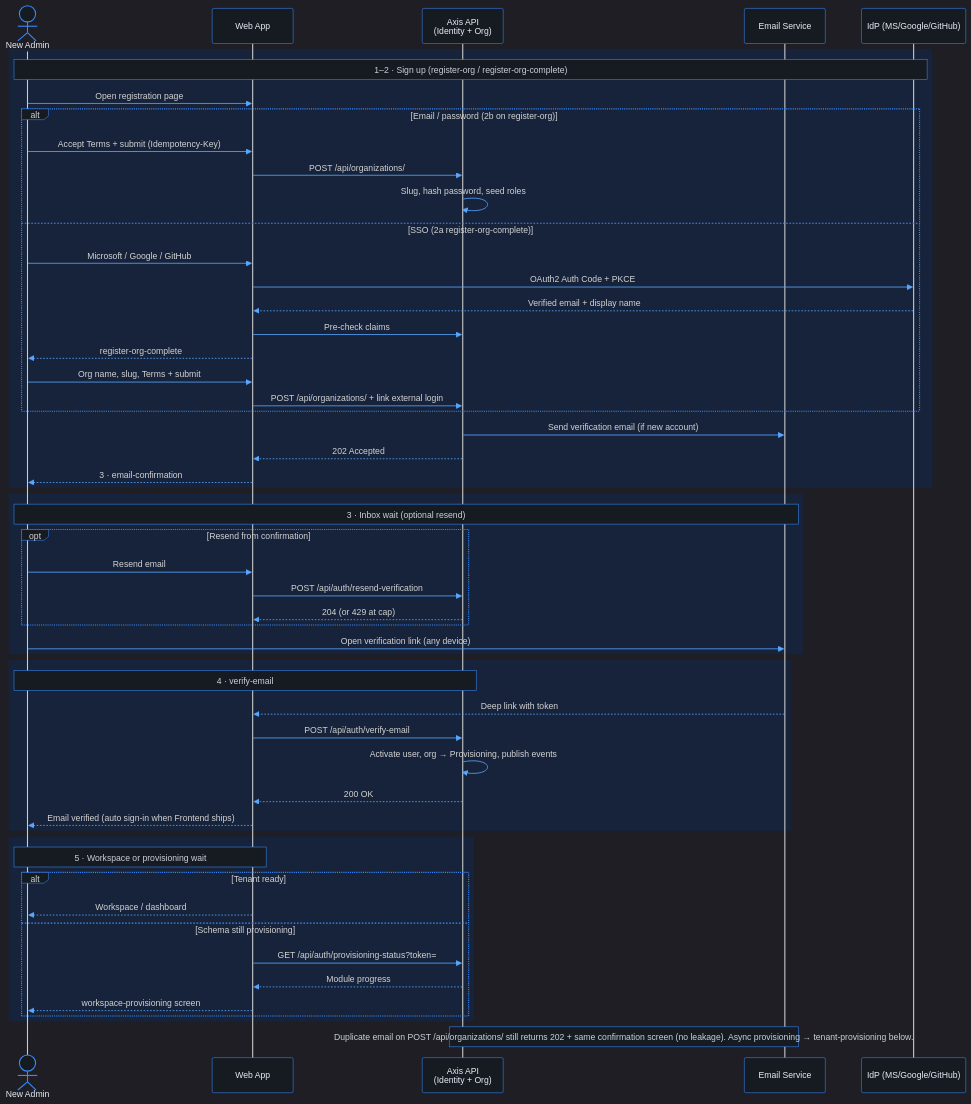
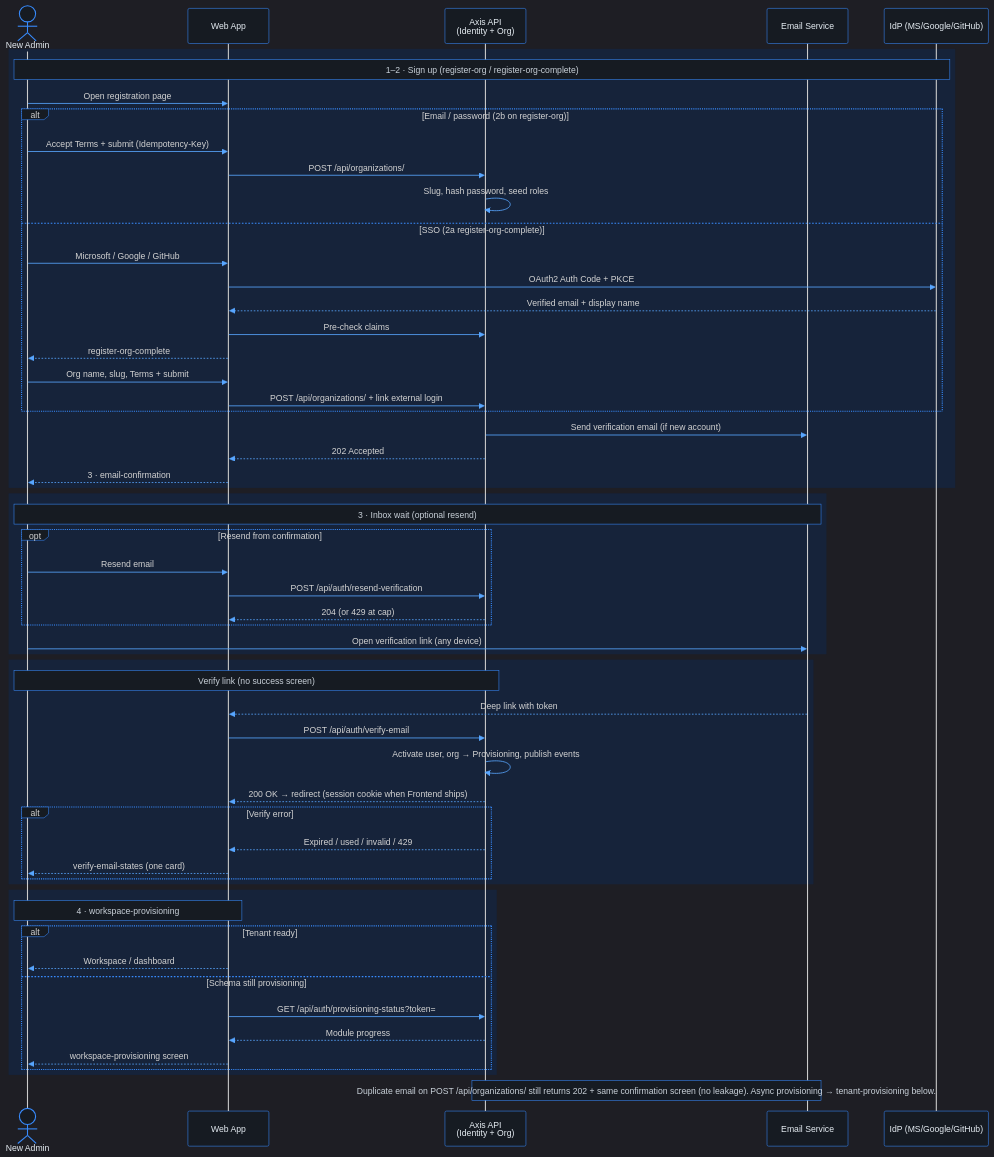
Before and after one commit to phuongnse/axis: the second of 4 diagrams in docs/use-cases/platform-foundation/register-org/README.md, drawn with Mermaid. The commit also changed other lines of this file and 5 other files, not shown here.

First line of the commit message:
docs(wireframes): remove verify-email success screen

````diff
--- a/docs/use-cases/platform-foundation/register-org/README.md
+++ b/docs/use-cases/platform-foundation/register-org/README.md
@@ -201,63 +199,66 @@
 ```mermaid
 %%{init: {'theme':'dark','themeVariables':{'background':'#0d1117','mainBkg':'#0d1117','primaryColor':'#161b22','primaryBorderColor':'#388bfd','primaryTextColor':'#e6edf3','secondaryColor':'#21262d','secondaryBorderColor':'#388bfd','secondaryTextColor':'#e6edf3','tertiaryColor':'#161b22','tertiaryTextColor':'#e6edf3','lineColor':'#58a6ff','textColor':'#e6edf3','nodeBorder':'#388bfd','clusterBkg':'#161b22','clusterBorder':'#388bfd','titleColor':'#e6edf3','edgeLabelBackground':'#161b22','actorBkg':'#161b22','actorBorder':'#388bfd','actorTextColor':'#e6edf3','signalColor':'#58a6ff','labelBoxBkgColor':'#161b22','labelBoxBorderColor':'#388bfd','noteBkgColor':'#161b22','noteBorderColor':'#388bfd','noteTextColor':'#c9d1d9','activationBkgColor':'#30363d'}}}%%
 
 sequenceDiagram
   actor Admin as New Admin
   participant Web as Web App
   participant API as Axis API<br/>(Identity + Org)
   participant Email as Email Service
   participant IdP as IdP (MS/Google/GitHub)
 
   rect rgb(22, 35, 58)
     Note over Admin,IdP: 1–2 · Sign up (register-org / register-org-complete)
     Admin->>Web: Open registration page
     alt Email / password (2b on register-org)
       Admin->>Web: Accept Terms + submit (Idempotency-Key)
       Web->>API: POST /api/organizations/
       API->>API: Slug, hash password, seed roles
     else SSO (2a register-org-complete)
       Admin->>Web: Microsoft / Google / GitHub
       Web->>IdP: OAuth2 Auth Code + PKCE
       IdP-->>Web: Verified email + display name
       Web->>API: Pre-check claims
       Web-->>Admin: register-org-complete
       Admin->>Web: Org name, slug, Terms + submit
       Web->>API: POST /api/organizations/ + link external login
     end
     API->>Email: Send verification email (if new account)
     API-->>Web: 202 Accepted
     Web-->>Admin: 3 · email-confirmation
   end
 
   rect rgb(22, 35, 58)
     Note over Admin,Email: 3 · Inbox wait (optional resend)
     opt Resend from confirmation
       Admin->>Web: Resend email
       Web->>API: POST /api/auth/resend-verification
       API-->>Web: 204 (or 429 at cap)
     end
     Admin->>Email: Open verification link (any device)
   end
 
   rect rgb(22, 35, 58)
-    Note over Admin,API: 4 · verify-email
+    Note over Admin,API: Verify link (no success screen)
     Email-->>Web: Deep link with token
     Web->>API: POST /api/auth/verify-email
     API->>API: Activate user, org → Provisioning, publish events
-    API-->>Web: 200 OK
-    Web-->>Admin: Email verified (auto sign-in when Frontend ships)
+    API-->>Web: 200 OK → redirect (session cookie when Frontend ships)
+    alt Verify error
+      API-->>Web: Expired / used / invalid / 429
+      Web-->>Admin: verify-email-states (one card)
+    end
   end
 
   rect rgb(22, 35, 58)
-    Note over Admin,Web: 5 · Workspace or provisioning wait
+    Note over Admin,Web: 4 · workspace-provisioning
     alt Tenant ready
       Web-->>Admin: Workspace / dashboard
     else Schema still provisioning
       Web->>API: GET /api/auth/provisioning-status?token=
       API-->>Web: Module progress
       Web-->>Admin: workspace-provisioning screen
     end
   end
 
   Note over API,Email: Duplicate email on POST /api/organizations/ still returns 202 + same confirmation screen (no leakage). Async provisioning → tenant-provisioning below.
 ```
````
